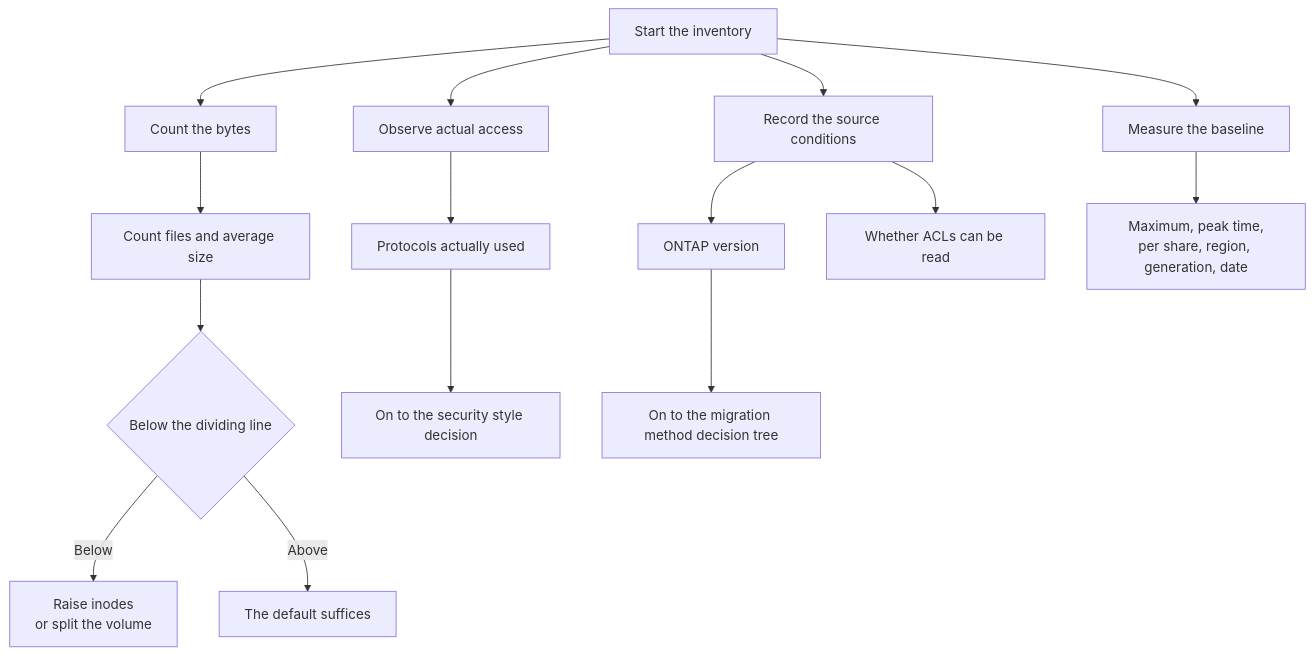
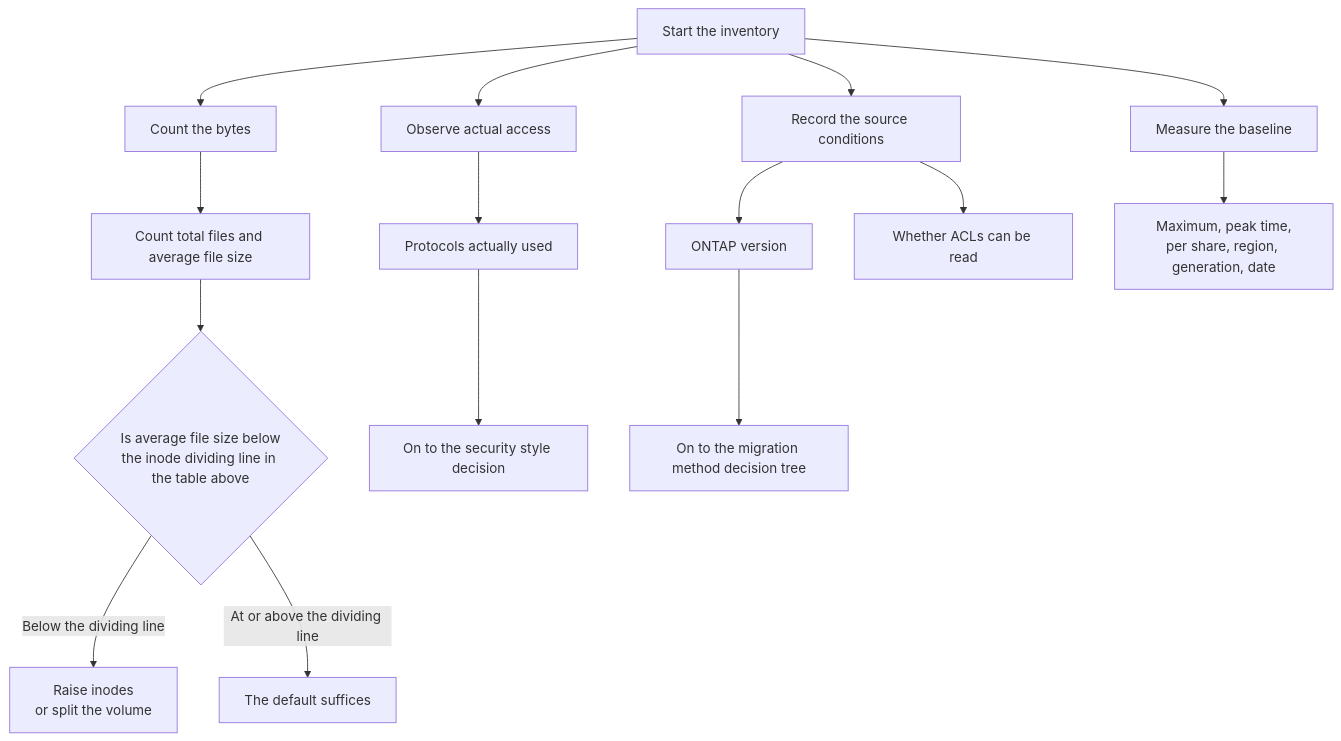
The diagram in docs/en/playbooks/01-assess/notes/counting-bytes-is-not-counting-files.md (Yoshiki0705/FSx-for-ONTAP-Adoption-Playbook), drawn with Mermaid before and after one commit. The commit also changed other lines of this file and 257 other files, not shown here.

````diff
--- a/docs/en/playbooks/01-assess/notes/counting-bytes-is-not-counting-files.md
+++ b/docs/en/playbooks/01-assess/notes/counting-bytes-is-not-counting-files.md
@@ -173,20 +191,20 @@
 ```mermaid
 graph TD
     A[Start the inventory] --> B[Count the bytes]
-    B --> C[Count files and average size]
-    C --> D{Below the dividing line}
-    D -->|Below| E[Raise inodes<br/>or split the volume]
-    D -->|Above| F[The default suffices]
+    B --> C[Count total files and average file size]
+    C --> D{Is average file size below<br/>the inode dividing line in the table above}
+    D -->|Below the dividing line| E[Raise inodes<br/>or split the volume]
+    D -->|At or above the dividing line| F[The default suffices]
 
     A --> G[Observe actual access]
     G --> H[Protocols actually used]
     H --> I[On to the security style decision]
 
     A --> J[Record the source conditions]
     J --> K[ONTAP version]
     J --> L[Whether ACLs can be read]
     K --> M[On to the migration method decision tree]
 
     A --> N[Measure the baseline]
     N --> O[Maximum, peak time,<br/>per share, region, generation, date]
 ```
````
